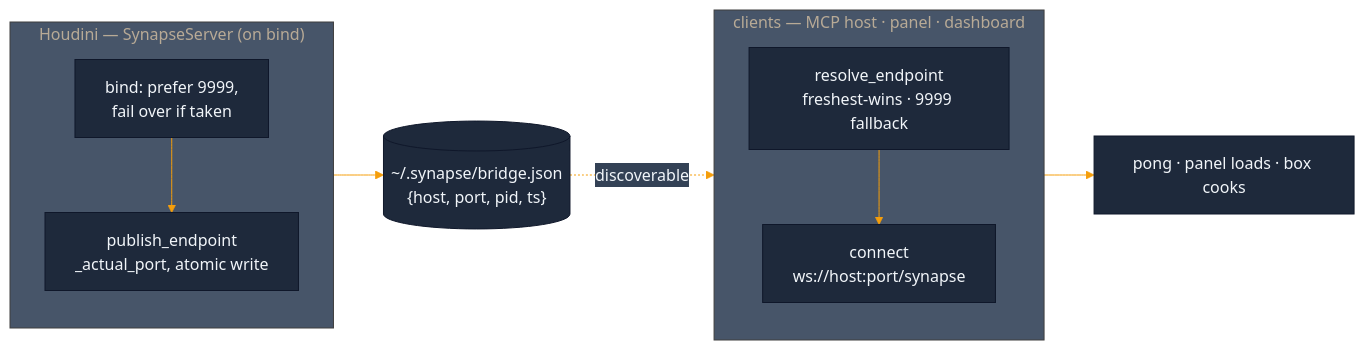
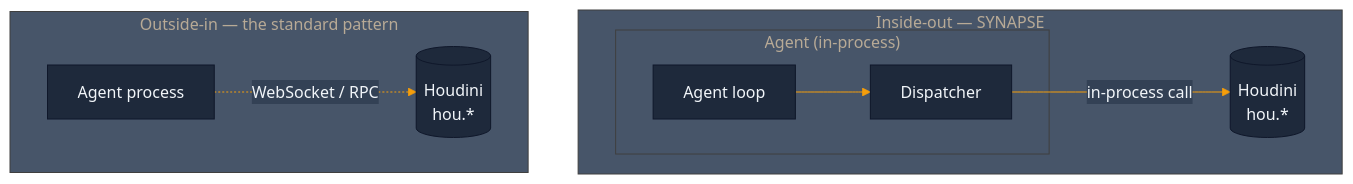
Before and after one commit to JosephOIbrahim/Synapse: the third of 3 diagrams in README.md, drawn with Mermaid. The commit also changed other lines of this file and 2 other files, not shown here.

````diff
--- a/README.md
+++ b/README.md
@@ -517,15 +104,17 @@
 ```mermaid
 %%{init: {'theme':'base', 'themeVariables': {'primaryColor':'#1e293b','primaryTextColor':'#f1f5f9','primaryBorderColor':'#0f172a','lineColor':'#f59e0b','secondaryColor':'#334155','tertiaryColor':'#475569'}}}%%
 flowchart LR
-    subgraph SRV ["Houdini &mdash; SynapseServer (on bind)"]
-        direction TB
-        BIND["bind: prefer 9999,<br/>fail over if taken"] --> PUB["publish_endpoint<br/>_actual_port, atomic write"]
+    subgraph OUT ["Outside-in — the standard pattern"]
+        direction LR
+        A1["Agent process"] -.WebSocket / RPC.-> H1[("Houdini<br/>hou.*")]
     end
-    PUB --> SIDE[("~/.synapse/bridge.json<br/>{host, port, pid, ts}")]
-    subgraph CLI ["clients &mdash; MCP host · panel · dashboard"]
-        direction TB
-        RES["resolve_endpoint<br/>freshest-wins · 9999 fallback"] --> CONN["connect<br/>ws://host:port/synapse"]
+    subgraph IN ["Inside-out — SYNAPSE"]
+        direction LR
+        H2[("Houdini<br/>hou.*")]
+        subgraph DAEMON ["Agent (in-process)"]
+            A2["Agent loop"] --> D["Dispatcher"]
+        end
+        D -- in-process call --> H2
     end
-    SIDE -. "discoverable" .-> RES
-    CONN --> OK["pong · panel loads · box cooks"]
+    OUT ~~~ IN
 ```
````
